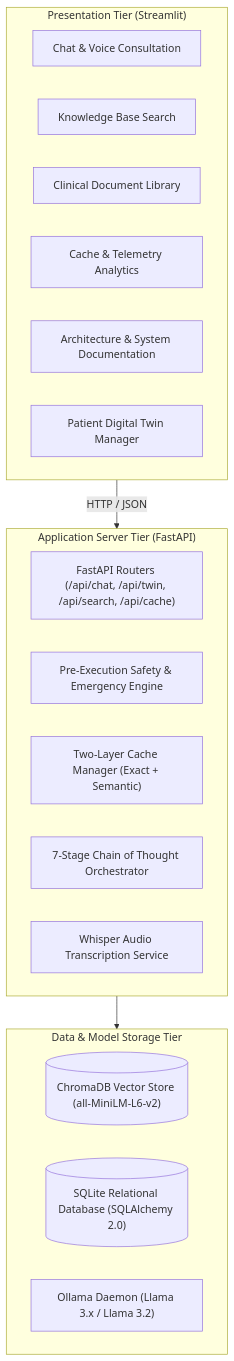
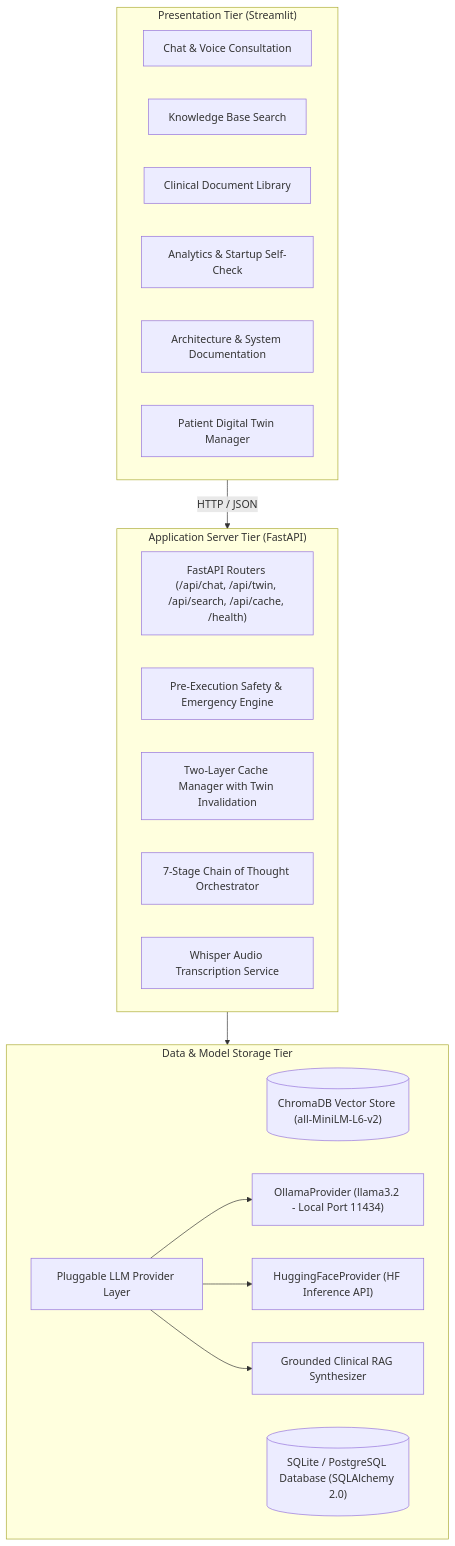
Before and after one commit to DG-Modi/MedTwin-AI: the diagram in docs/HLD.md, drawn with Mermaid. The commit also changed other lines of this file and 32 other files, not shown here.

Commit message:
feat: complete Problem Statement 2 with pluggable LLM provider, emergency cleanup, answer quality, and cache verification

````diff
--- a/docs/HLD.md
+++ b/docs/HLD.md
@@ -6,28 +6,34 @@
 ```mermaid
 graph TD
     subgraph Frontend["Presentation Tier (Streamlit)"]
         UI_Chat["Chat & Voice Consultation"]
         UI_KB["Knowledge Base Search"]
         UI_Lib["Clinical Document Library"]
-        UI_Analytics["Cache & Telemetry Analytics"]
+        UI_Analytics["Analytics & Startup Self-Check"]
         UI_Docs["Architecture & System Documentation"]
         Sidebar["Patient Digital Twin Manager"]
     end
 
     subgraph Backend["Application Server Tier (FastAPI)"]
-        API_Routes["FastAPI Routers (/api/chat, /api/twin, /api/search, /api/cache)"]
+        API_Routes["FastAPI Routers (/api/chat, /api/twin, /api/search, /api/cache, /health)"]
         Guardrails["Pre-Execution Safety & Emergency Engine"]
-        CacheMgr["Two-Layer Cache Manager (Exact + Semantic)"]
+        CacheMgr["Two-Layer Cache Manager with Twin Invalidation"]
         CoTEngine["7-Stage Chain of Thought Orchestrator"]
         VoiceEngine["Whisper Audio Transcription Service"]
     end
 
     subgraph DataTier["Data & Model Storage Tier"]
         ChromaStore[("ChromaDB Vector Store (all-MiniLM-L6-v2)")]
-        SQLiteDB[("SQLite Relational Database (SQLAlchemy 2.0)")]
-        OllamaLLM["Ollama Daemon (Llama 3.x / Llama 3.2)"]
+        SQLiteDB[("SQLite / PostgreSQL Database (SQLAlchemy 2.0)")]
+        LLMLayer["Pluggable LLM Provider Layer"]
+        OllamaLLM["OllamaProvider (llama3.2 - Local Port 11434)"]
+        HFLLM["HuggingFaceProvider (HF Inference API)"]
+        GroundedRAG["Grounded Clinical RAG Synthesizer"]
     end
 
     Frontend -->|HTTP / JSON| Backend
     Backend --> DataTier
+    LLMLayer --> OllamaLLM
+    LLMLayer --> HFLLM
+    LLMLayer --> GroundedRAG
 ```
````
